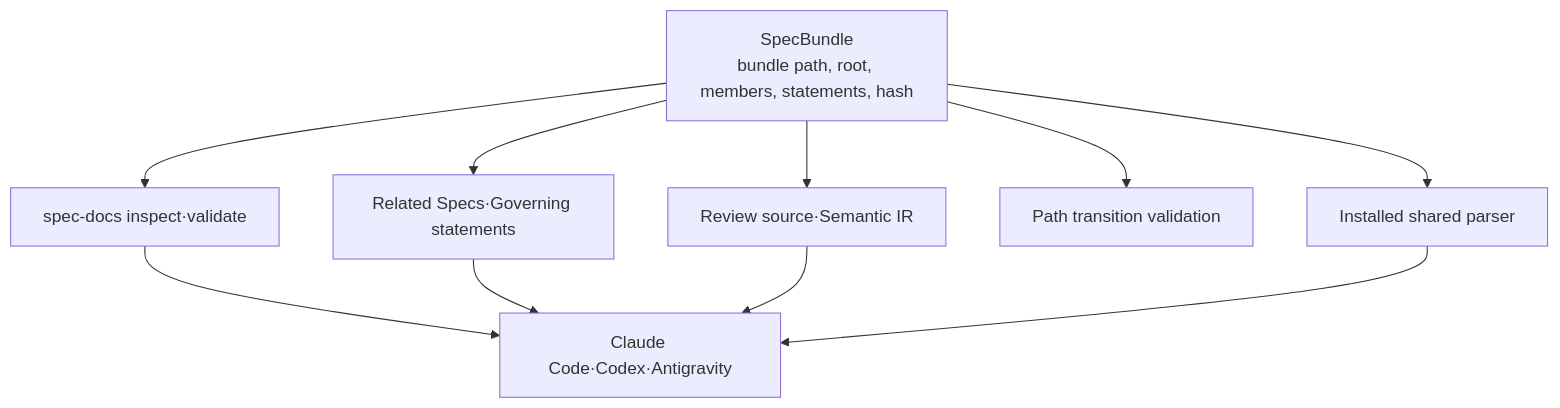
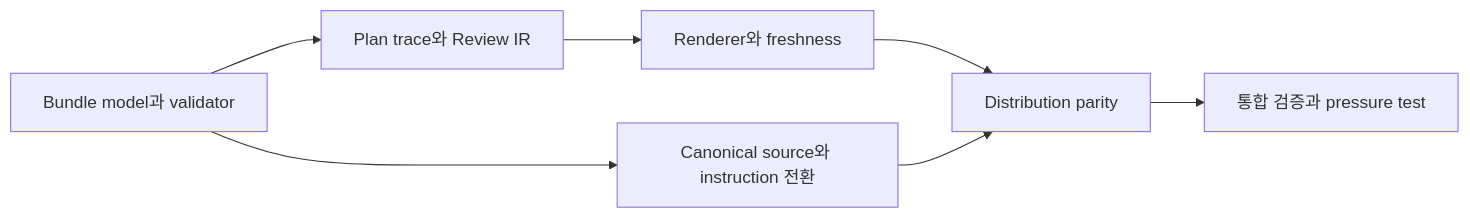
Before and after one commit to hope1026/aiagent-plugins: the diagram in docs/plans/013-semantic-spec-bundle-migration/plan.md, drawn with Mermaid. The commit also changed other lines of this file and 122 other files, not shown here.

Commit message:
feat(forge): cut over canonical specs to semantic bundles

````diff
--- a/docs/plans/013-semantic-spec-bundle-migration/plan.md
+++ b/docs/plans/013-semantic-spec-bundle-migration/plan.md
@@ -147,13 +16,9 @@
 ```mermaid
-flowchart TD
-    B["SpecBundle\nbundle path, root, members, statements, hash"]
-    B --> CLI["spec-docs inspect·validate"]
-    B --> PLAN["Related Specs·Governing statements"]
-    B --> VIEW["Review source·Semantic IR"]
-    B --> TRANS["Path transition validation"]
-    B --> INSTALL["Installed shared parser"]
-    CLI --> HARNESS["Claude Code·Codex·Antigravity"]
-    PLAN --> HARNESS
-    VIEW --> HARNESS
-    INSTALL --> HARNESS
+flowchart LR
+    A["Bundle model과 validator"] --> B["Plan trace와 Review IR"]
+    B --> C["Renderer와 freshness"]
+    A --> D["Canonical source와 instruction 전환"]
+    C --> E["Distribution parity"]
+    D --> E
+    E --> F["통합 검증과 pressure test"]
 ```
````
